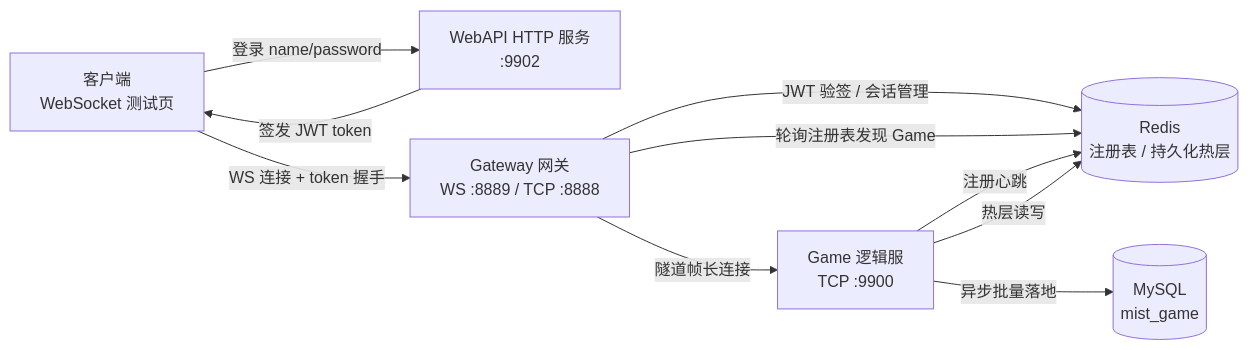
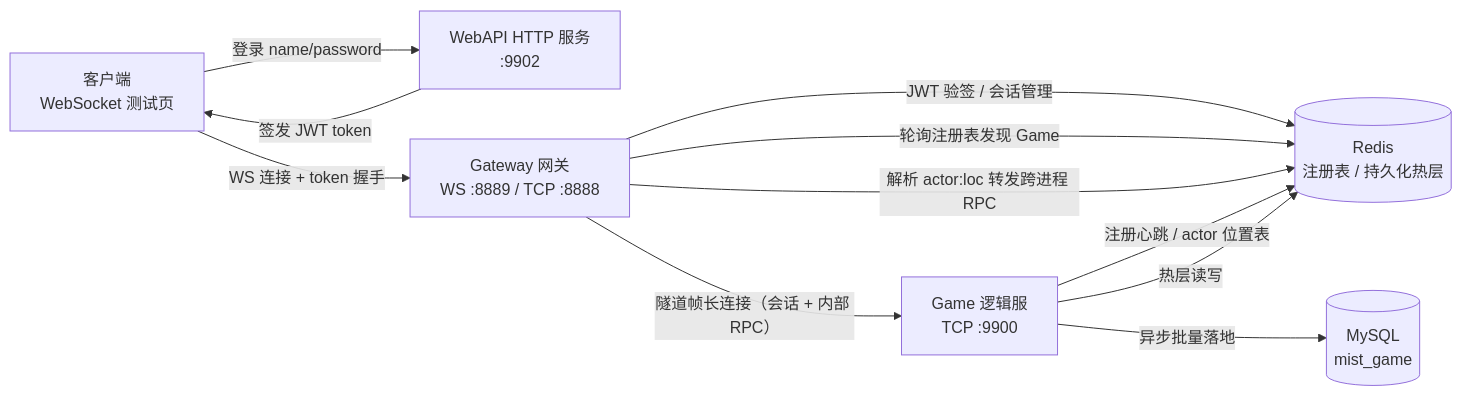
One commit to wyx9/mist changed the diagram in README.md. Above: the diagram before and after it, drawn with Mermaid. The commit also changed other lines of this file and 39 other files, not shown here.

````diff
--- a/README.md
+++ b/README.md
@@ -7,19 +7,20 @@
 ```mermaid
 flowchart LR
     Client["客户端<br/>WebSocket 测试页"]
     WebAPI["WebAPI HTTP 服务<br/>:9902"]
     Gateway["Gateway 网关<br/>WS :8889 / TCP :8888"]
     Game["Game 逻辑服<br/>TCP :9900"]
     Redis[("Redis<br/>注册表 / 持久化热层")]
     MySQL[("MySQL<br/>mist_game")]
 
     Client -->|"登录 name/password"| WebAPI
     WebAPI -->|"签发 JWT token"| Client
     Client -->|"WS 连接 + token 握手"| Gateway
     Gateway -->|"JWT 验签 / 会话管理"| Redis
     Gateway -->|"轮询注册表发现 Game"| Redis
-    Gateway -->|"隧道帧长连接"| Game
-    Game -->|"注册心跳"| Redis
+    Gateway -->|"隧道帧长连接（会话 + 内部 RPC）"| Game
+    Gateway -->|"解析 actor:loc 转发跨进程 RPC"| Redis
+    Game -->|"注册心跳 / actor 位置表"| Redis
     Game -->|"热层读写"| Redis
     Game -->|"异步批量落地"| MySQL
 ```
````
